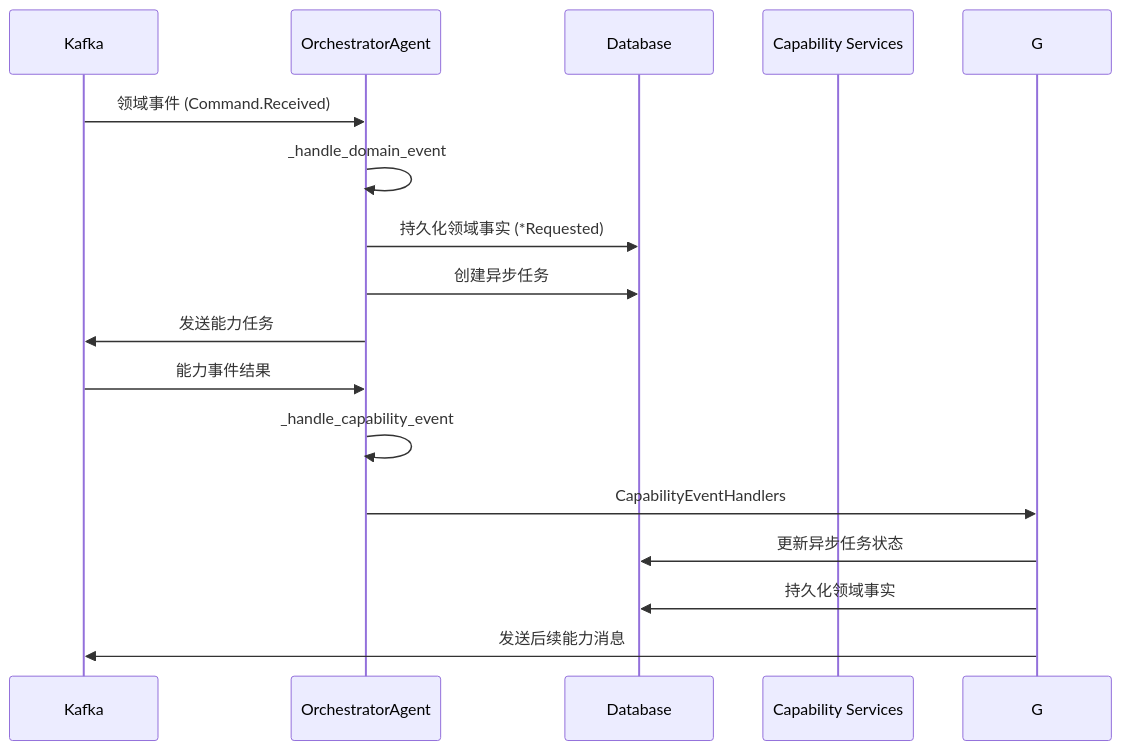
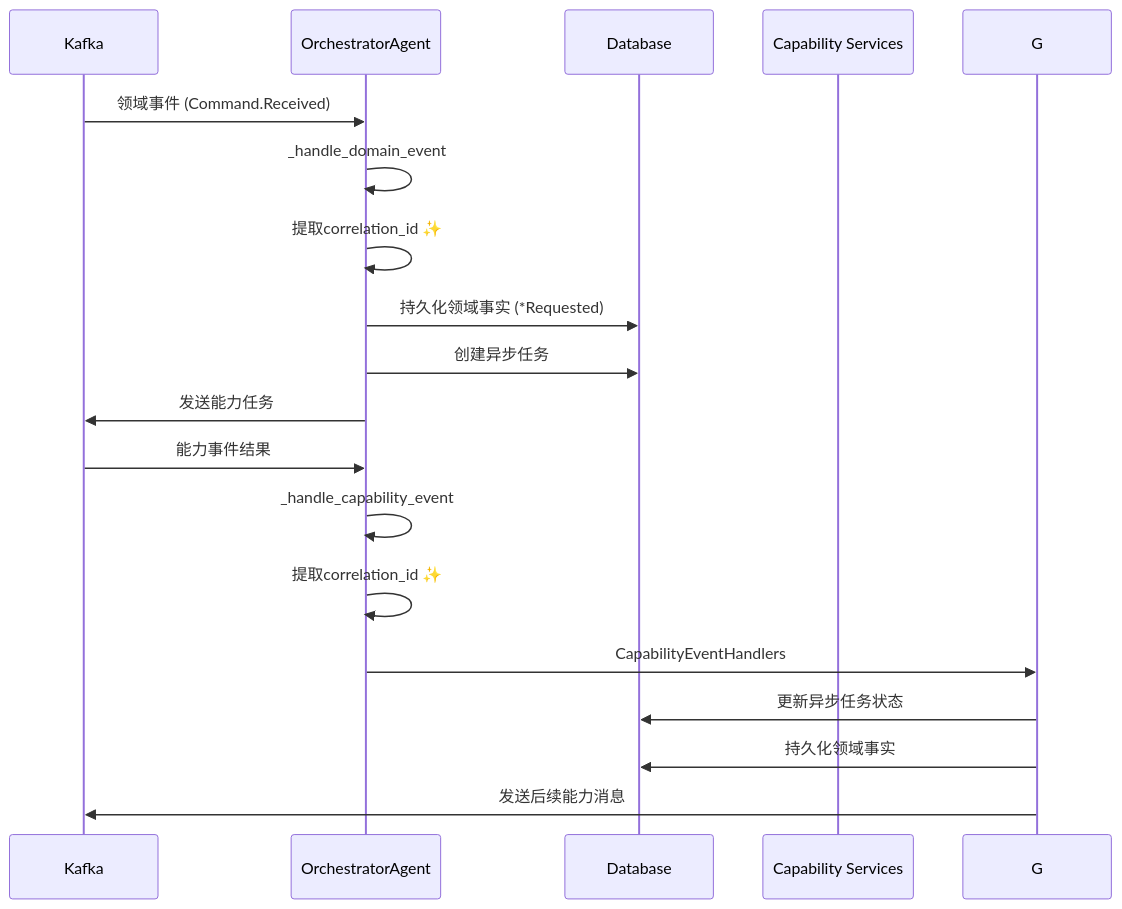
The second of 9 diagrams in apps/backend/src/agents/orchestrator/README.md (zhiyue/infinite-scribe), drawn with Mermaid before and after one commit. The commit also changed other lines of this file and 1 other file, not shown here.

````diff
--- a/apps/backend/src/agents/orchestrator/README.md
+++ b/apps/backend/src/agents/orchestrator/README.md
@@ -65,20 +65,22 @@
 ```mermaid
 sequenceDiagram
     participant K as Kafka
     participant O as OrchestratorAgent
     participant DB as Database
     participant C as Capability Services
     
     K->>O: 领域事件 (Command.Received)
     O->>O: _handle_domain_event
+    O->>O: 提取correlation_id ✨
     O->>DB: 持久化领域事实 (*Requested)
     O->>DB: 创建异步任务
     O->>K: 发送能力任务
     
     K->>O: 能力事件结果
     O->>O: _handle_capability_event
+    O->>O: 提取correlation_id ✨
     O->>G: CapabilityEventHandlers
     G->>DB: 更新异步任务状态
     G->>DB: 持久化领域事实
     G->>K: 发送后续能力消息
 ```
````
